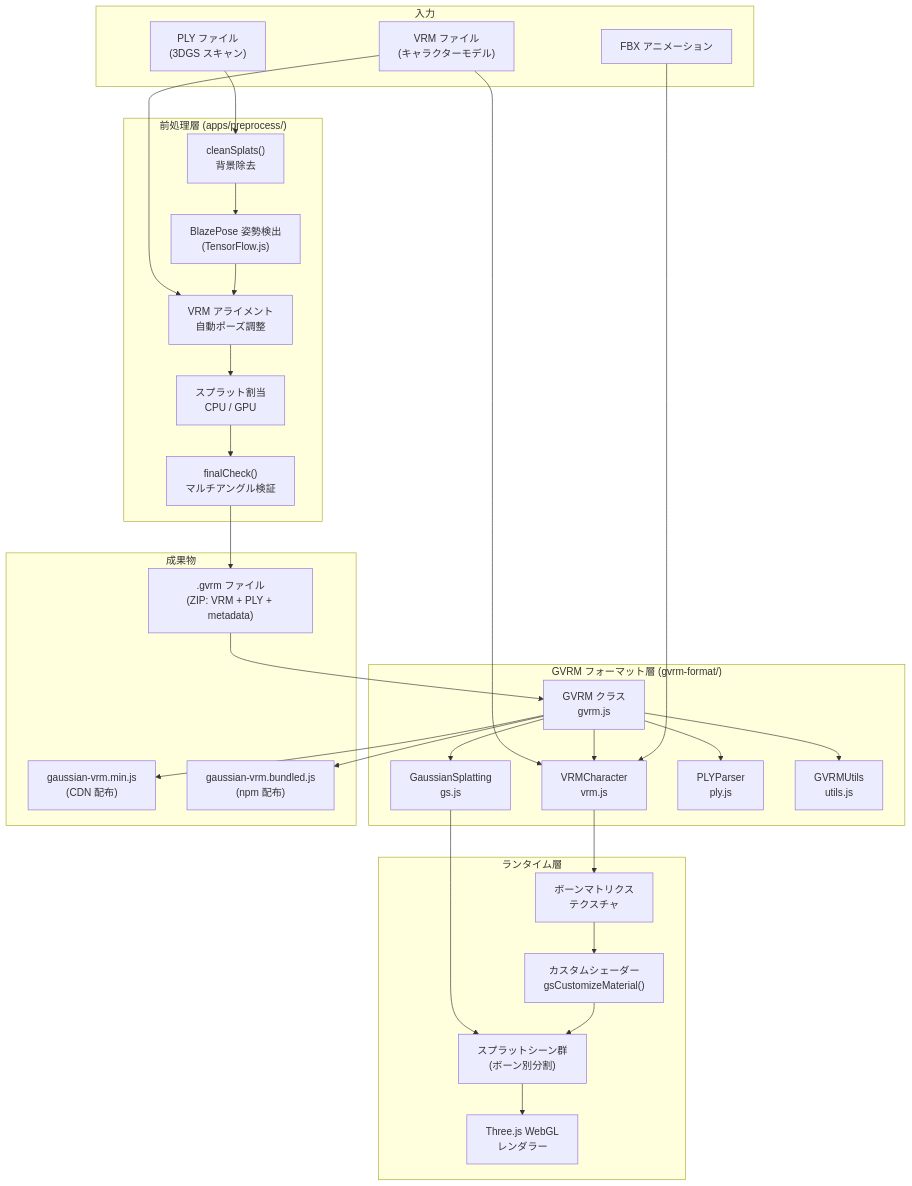
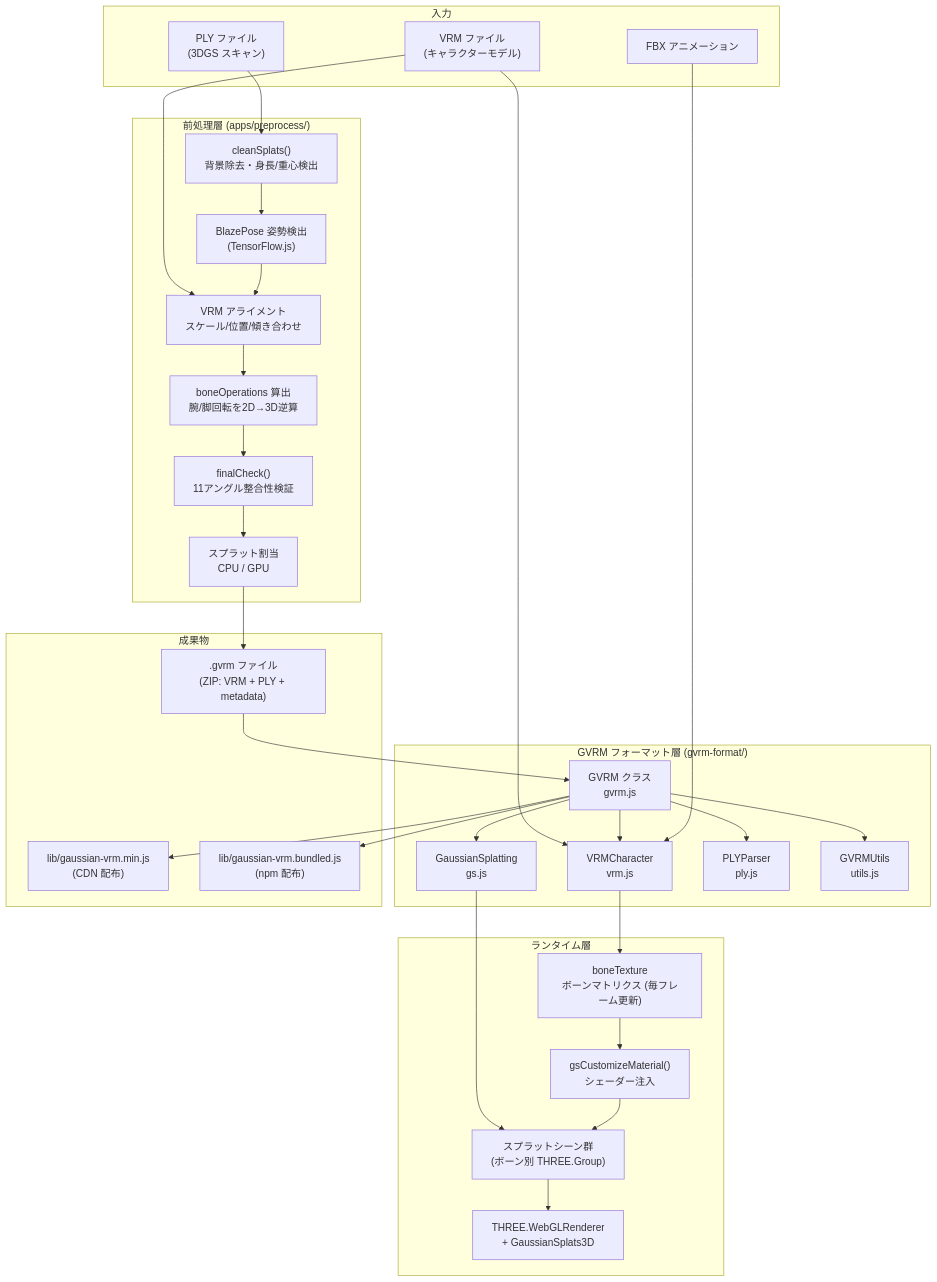
One commit to camaty/gaussian-vrm changed the first of 8 diagrams in ARCHITECTURE.md. Above: the diagram before and after it, drawn with Mermaid. The commit also changed other lines of this file and 1 other file, not shown here.

````diff
--- a/ARCHITECTURE.md
+++ b/ARCHITECTURE.md
@@ -17,63 +19,65 @@
 ```mermaid
 flowchart TD
     subgraph Input["入力"]
         PLYFile["PLY ファイル\n(3DGS スキャン)"]
         VRMFile["VRM ファイル\n(キャラクターモデル)"]
         FBXFile["FBX アニメーション"]
     end
 
     subgraph Preprocess["前処理層 (apps/preprocess/)"]
-        Clean["cleanSplats()\n背景除去"]
+        Clean["cleanSplats()\n背景除去・身長/重心検出"]
         Pose["BlazePose 姿勢検出\n(TensorFlow.js)"]
-        Align["VRM アライメント\n自動ポーズ調整"]
+        Align["VRM アライメント\nスケール/位置/傾き合わせ"]
+        BoneOps["boneOperations 算出\n腕/脚回転を2D→3D逆算"]
+        CheckStep["finalCheck()\n11アングル整合性検証"]
         Assign["スプラット割当\nCPU / GPU"]
-        Check["finalCheck()\nマルチアングル検証"]
     end
 
     subgraph Format["GVRM フォーマット層 (gvrm-format/)"]
-        GVRM["GVRM クラス\ngvrm.js"]
+        GVRMClass["GVRM クラス\ngvrm.js"]
         VRMChar["VRMCharacter\nvrm.js"]
-        GS["GaussianSplatting\ngs.js"]
+        GSClass["GaussianSplatting\ngs.js"]
         PLYParser["PLYParser\nply.js"]
-        Utils["GVRMUtils\nutils.js"]
+        GVRMUtils["GVRMUtils\nutils.js"]
     end
 
     subgraph Runtime["ランタイム層"]
-        Shader["カスタムシェーダー\ngsCustomizeMaterial()"]
-        BoneTex["ボーンマトリクス\nテクスチャ"]
-        SplatScenes["スプラットシーン群\n(ボーン別分割)"]
-        Renderer["Three.js WebGL\nレンダラー"]
+        ShaderInject["gsCustomizeMaterial()\nシェーダー注入"]
+        BoneTex["boneTexture\nボーンマトリクス (毎フレーム更新)"]
+        SplatScenes["スプラットシーン群\n(ボーン別 THREE.Group)"]
+        Renderer["THREE.WebGLRenderer\n+ GaussianSplats3D"]
     end
 
     subgraph Output["成果物"]
         GVRMFile[".gvrm ファイル\n(ZIP: VRM + PLY + metadata)"]
-        LibMin["gaussian-vrm.min.js\n(CDN 配布)"]
-        LibBundled["gaussian-vrm.bundled.js\n(npm 配布)"]
+        LibMin["lib/gaussian-vrm.min.js\n(CDN 配布)"]
+        LibBundled["lib/gaussian-vrm.bundled.js\n(npm 配布)"]
     end
 
     PLYFile --> Clean
     VRMFile --> Align
     Clean --> Pose
     Pose --> Align
-    Align --> Assign
-    Assign --> Check
-    Check --> GVRMFile
+    Align --> BoneOps
+    BoneOps --> CheckStep
+    CheckStep --> Assign
+    Assign --> GVRMFile
 
-    GVRMFile --> GVRM
+    GVRMFile --> GVRMClass
     VRMFile --> VRMChar
-    GVRM --> GS
-    GVRM --> VRMChar
-    GVRM --> PLYParser
-    GVRM --> Utils
+    GVRMClass --> GSClass
+    GVRMClass --> VRMChar
+    GVRMClass --> PLYParser
+    GVRMClass --> GVRMUtils
 
     VRMChar --> BoneTex
-    BoneTex --> Shader
-    GS --> SplatScenes
-    Shader --> SplatScenes
+    BoneTex --> ShaderInject
+    GSClass --> SplatScenes
+    ShaderInject --> SplatScenes
     SplatScenes --> Renderer
 
     FBXFile --> VRMChar
 
-    GVRM --> LibMin
-    GVRM --> LibBundled
+    GVRMClass --> LibMin
+    GVRMClass --> LibBundled
 ```
````
